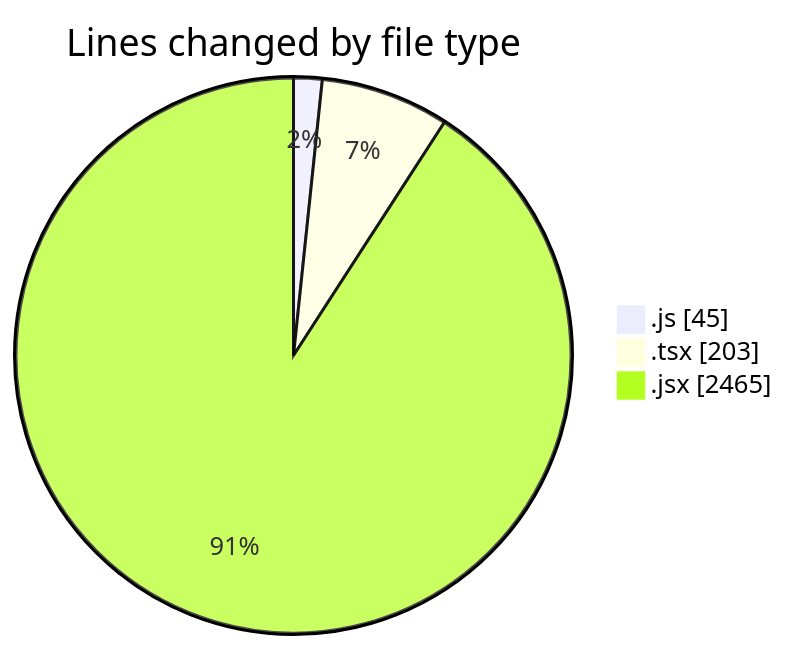
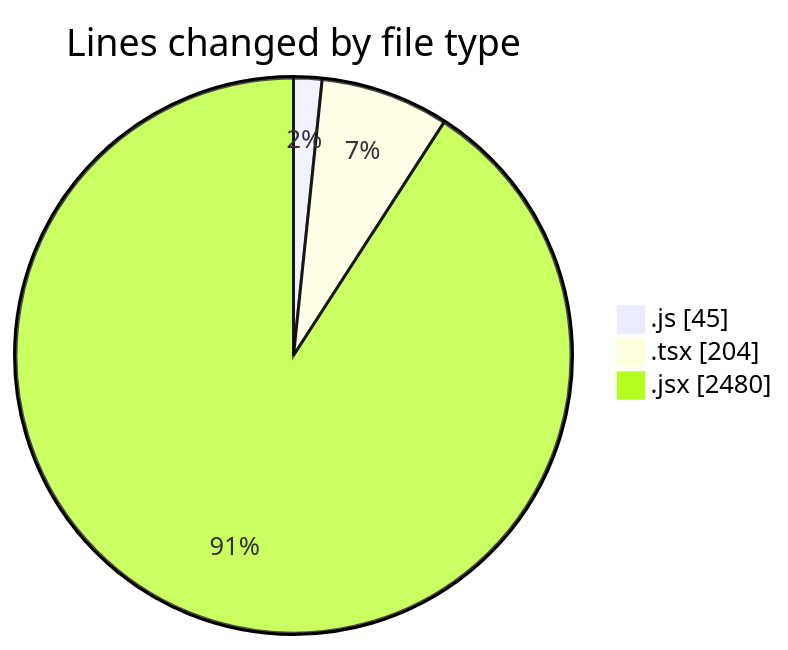
Before and after one commit to nxtqubesakshisongat/code-tracking: the first of 2 diagrams in 2026-01-09/nxtqube_webapp/README.md, drawn with Mermaid. The commit also changed other lines of this file and 1 other file, not shown here.

````diff
--- a/2026-01-09/nxtqube_webapp/README.md
+++ b/2026-01-09/nxtqube_webapp/README.md
@@ -24,7 +24,7 @@
 ```mermaid
 pie showData
 title Lines changed by file type
 ".js" : 45
-".tsx" : 203
-".jsx" : 2465
+".tsx" : 204
+".jsx" : 2480
 ```
````
